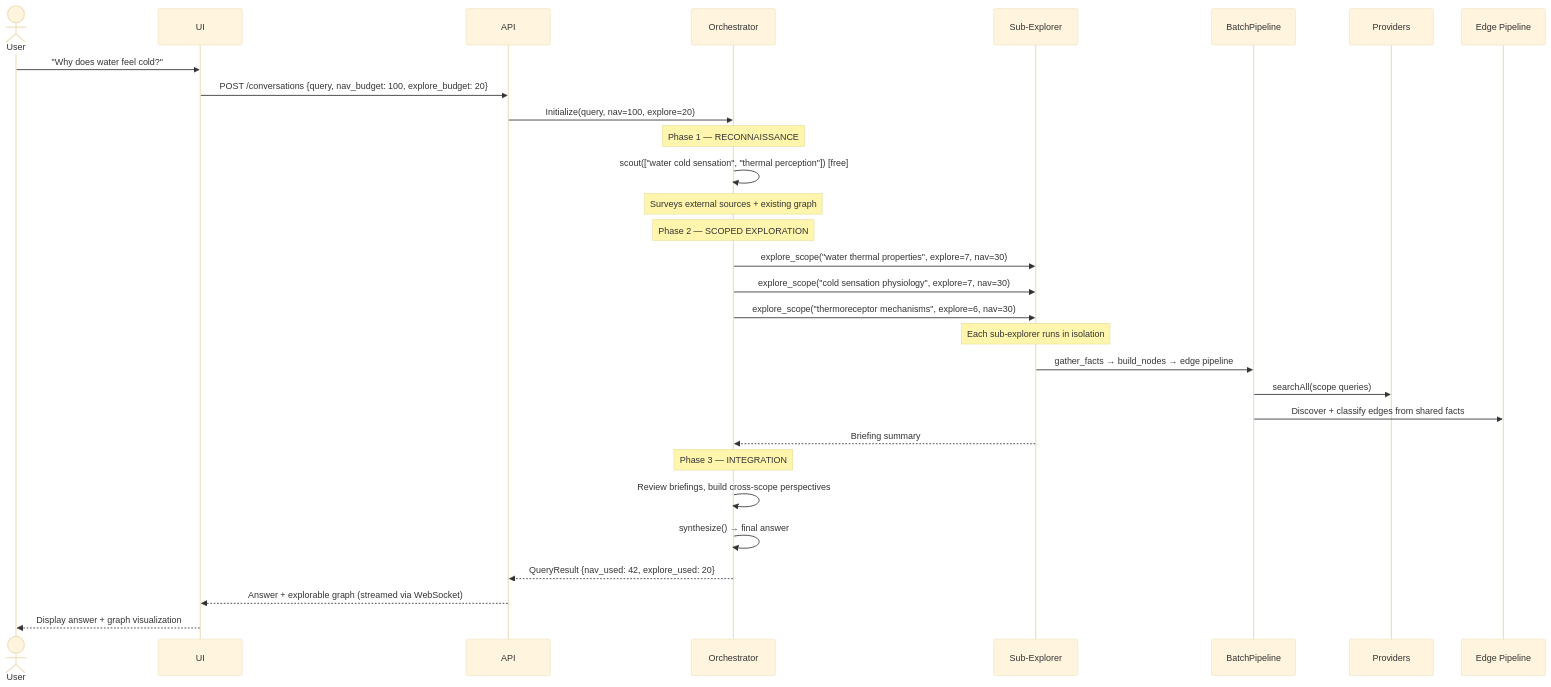
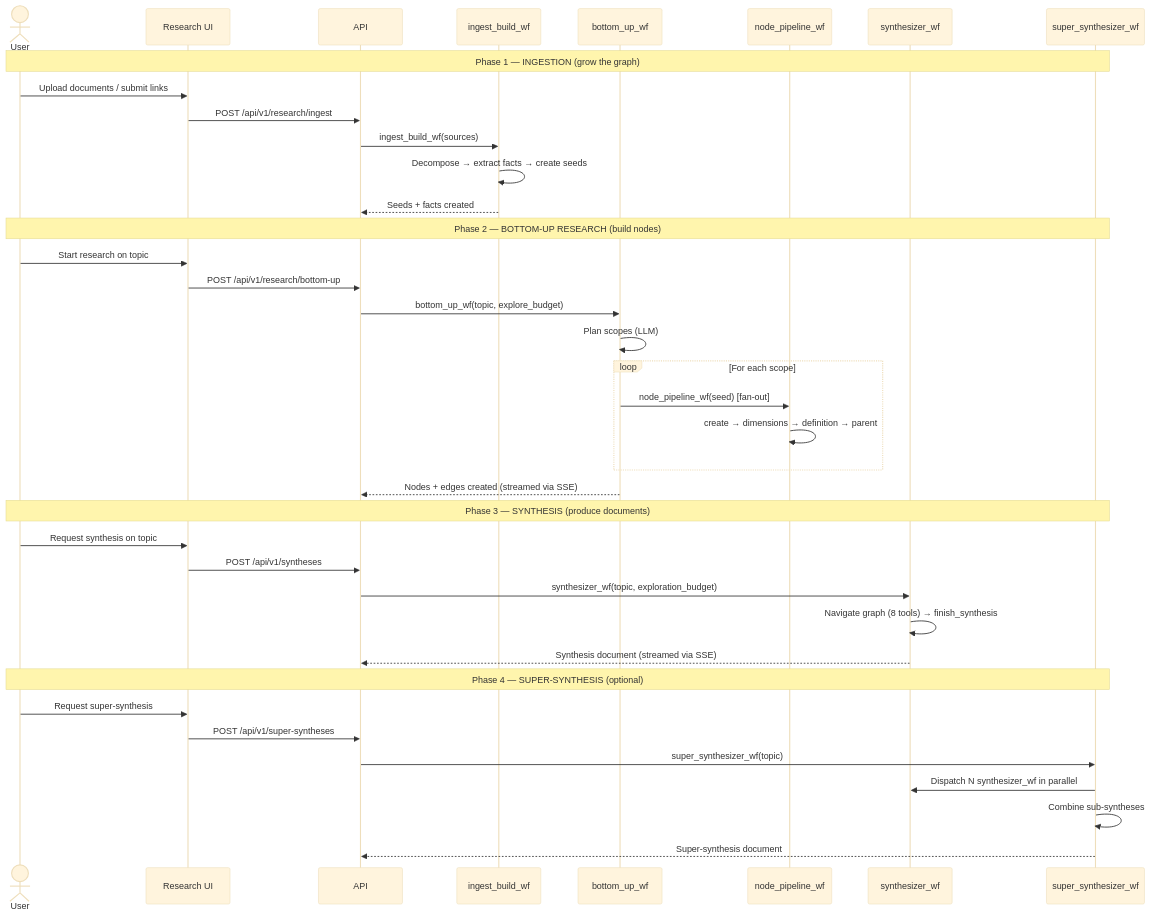
One commit to openktree/knowledge-tree changed the sixth of 8 diagrams in ARCHITECTURE.md. Above: the diagram before and after it, drawn with Mermaid (base theme). The commit also changed other lines of this file and 1 other file, not shown here.

Commit message:
docs: update ARCHITECTURE.md and STACK.md to reflect current design (#142)

````diff
--- a/ARCHITECTURE.md
+++ b/ARCHITECTURE.md
@@ -1507,38 +1161,44 @@
 ```mermaid
 sequenceDiagram
     actor U as User
-    participant UI as UI
+    participant UI as Research UI
     participant API as API
-    participant OA as Orchestrator
-    participant SE as Sub-Explorer
-    participant BP as BatchPipeline
-    participant PR as Providers
-    participant EP as Edge Pipeline
+    participant IW as ingest_build_wf
+    participant BU as bottom_up_wf
+    participant NP as node_pipeline_wf
+    participant SY as synthesizer_wf
+    participant SSY as super_synthesizer_wf
 
-    U->>UI: "Why does water feel cold?"
-    UI->>API: POST /conversations {query, nav_budget: 100, explore_budget: 20}
-    API->>OA: Initialize(query, nav=100, explore=20)
+    Note over U,SSY: Phase 1 — INGESTION (grow the graph)
+    U->>UI: Upload documents / submit links
+    UI->>API: POST /api/v1/research/ingest
+    API->>IW: ingest_build_wf(sources)
+    IW->>IW: Decompose → extract facts → create seeds
+    IW-->>API: Seeds + facts created
 
-    Note over OA: Phase 1 — RECONNAISSANCE
-    OA->>OA: scout(["water cold sensation", "thermal perception"]) [free]
-    Note over OA: Surveys external sources + existing graph
+    Note over U,SSY: Phase 2 — BOTTOM-UP RESEARCH (build nodes)
+    U->>UI: Start research on topic
+    UI->>API: POST /api/v1/research/bottom-up
+    API->>BU: bottom_up_wf(topic, explore_budget)
+    BU->>BU: Plan scopes (LLM)
+    loop For each scope
+        BU->>NP: node_pipeline_wf(seed) [fan-out]
+        NP->>NP: create → dimensions → definition → parent
+    end
+    BU-->>API: Nodes + edges created (streamed via SSE)
 
-    Note over OA: Phase 2 — SCOPED EXPLORATION
-    OA->>SE: explore_scope("water thermal properties", explore=7, nav=30)
-    OA->>SE: explore_scope("cold sensation physiology", explore=7, nav=30)
-    OA->>SE: explore_scope("thermoreceptor mechanisms", explore=6, nav=30)
+    Note over U,SSY: Phase 3 — SYNTHESIS (produce documents)
+    U->>UI: Request synthesis on topic
+    UI->>API: POST /api/v1/syntheses
+    API->>SY: synthesizer_wf(topic, exploration_budget)
+    SY->>SY: Navigate graph (8 tools) → finish_synthesis
+    SY-->>API: Synthesis document (streamed via SSE)
 
-    Note over SE: Each sub-explorer runs in isolation
-    SE->>BP: gather_facts → build_nodes → edge pipeline
-    BP->>PR: searchAll(scope queries)
-    BP->>EP: Discover + classify edges from shared facts
-    SE-->>OA: Briefing summary
-
-    Note over OA: Phase 3 — INTEGRATION
-    OA->>OA: Review briefings, build cross-scope perspectives
-    OA->>OA: synthesize() → final answer
-
-    OA-->>API: QueryResult {nav_used: 42, explore_used: 20}
-    API-->>UI: Answer + explorable graph (streamed via WebSocket)
-    UI-->>U: Display answer + graph visualization
+    Note over U,SSY: Phase 4 — SUPER-SYNTHESIS (optional)
+    U->>UI: Request super-synthesis
+    UI->>API: POST /api/v1/super-syntheses
+    API->>SSY: super_synthesizer_wf(topic)
+    SSY->>SY: Dispatch N synthesizer_wf in parallel
+    SSY->>SSY: Combine sub-syntheses
+    SSY-->>API: Super-synthesis document
 ```
````
